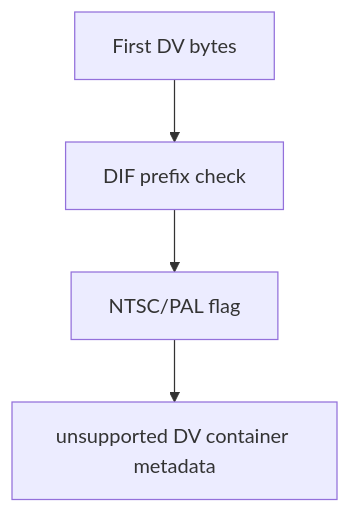
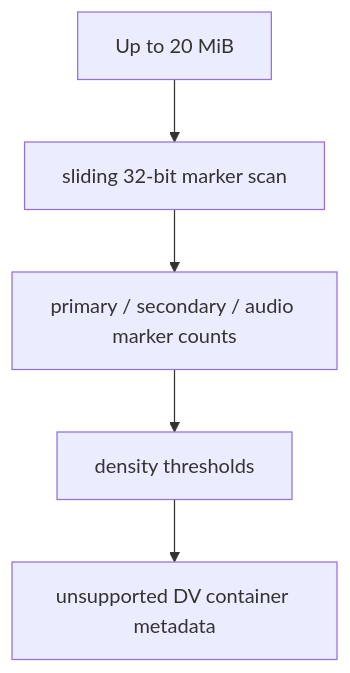
The diagram in docs/parsers/elementary/dv.md (caoccao/BatchMkvMerge), drawn with Mermaid before and after one commit. The commit also changed other lines of this file and 24 other files, not shown here.

````diff
--- a/docs/parsers/elementary/dv.md
+++ b/docs/parsers/elementary/dv.md
@@ -18,6 +18,7 @@
 ```mermaid
 flowchart TD
-  A["First DV bytes"] --> B["DIF prefix check"]
-  B --> C["NTSC/PAL flag"]
-  C --> D["unsupported DV container metadata"]
+  A["Up to 20 MiB"] --> B["sliding 32-bit marker scan"]
+  B --> C["primary / secondary / audio marker counts"]
+  C --> D["density thresholds"]
+  D --> E["unsupported DV container metadata"]
 ```
````
